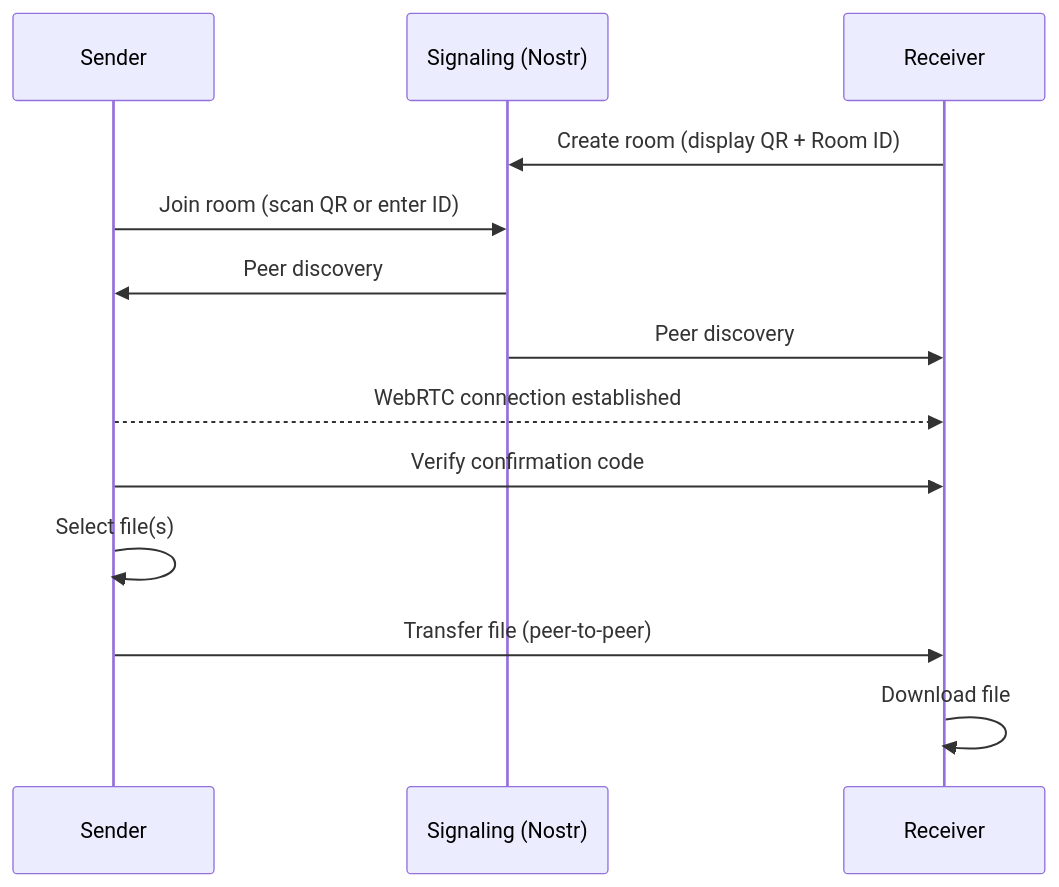
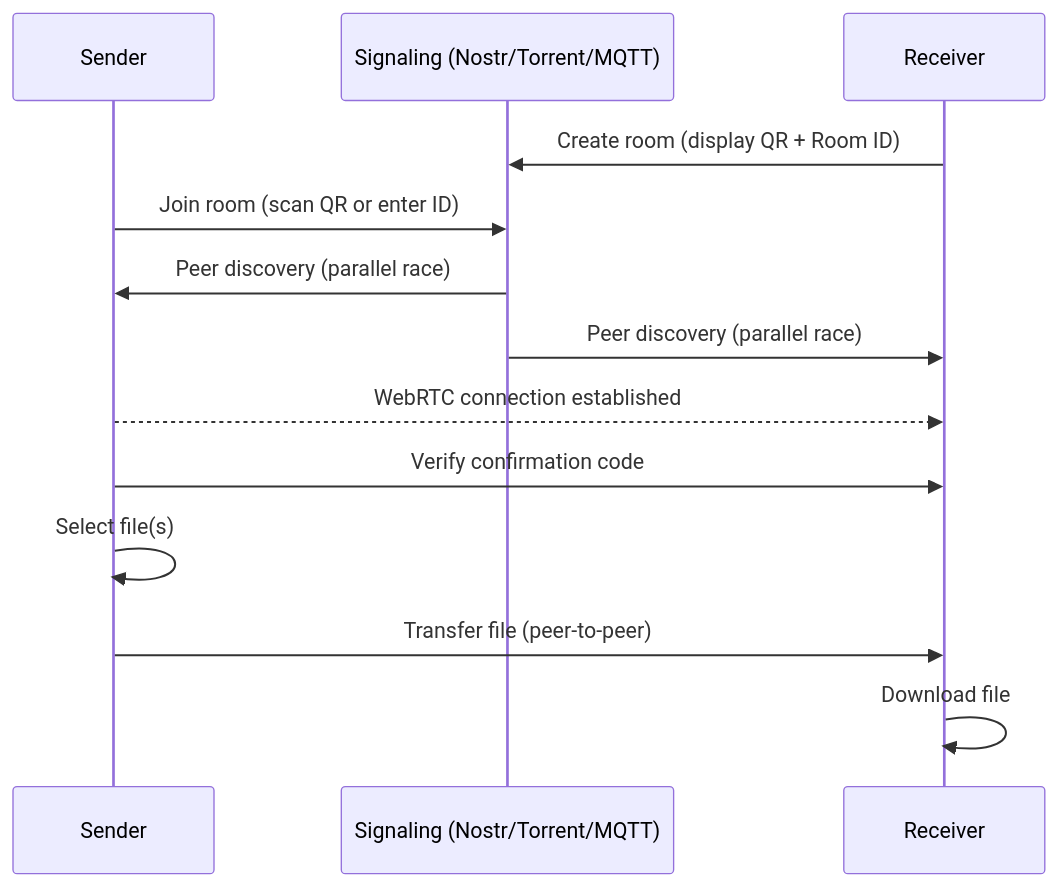
The third of 3 diagrams in docs/en-user-guide.md (s-celles/QRShare), drawn with Mermaid before and after one commit. The commit also changed other lines of this file and 12 other files, not shown here.

First line of the commit message:
feat: add multi-strategy signaling fallback for WebRTC peer discovery

````diff
--- a/docs/en-user-guide.md
+++ b/docs/en-user-guide.md
@@ -145,16 +147,16 @@
 ```mermaid
 sequenceDiagram
     participant S as Sender
-    participant Sig as Signaling (Nostr)
+    participant Sig as Signaling (Nostr/Torrent/MQTT)
     participant R as Receiver
 
     R->>Sig: Create room (display QR + Room ID)
     S->>Sig: Join room (scan QR or enter ID)
-    Sig->>S: Peer discovery
-    Sig->>R: Peer discovery
+    Sig->>S: Peer discovery (parallel race)
+    Sig->>R: Peer discovery (parallel race)
     S-->>R: WebRTC connection established
     S->>R: Verify confirmation code
     S->>S: Select file(s)
     S->>R: Transfer file (peer-to-peer)
     R->>R: Download file
 ```
````
